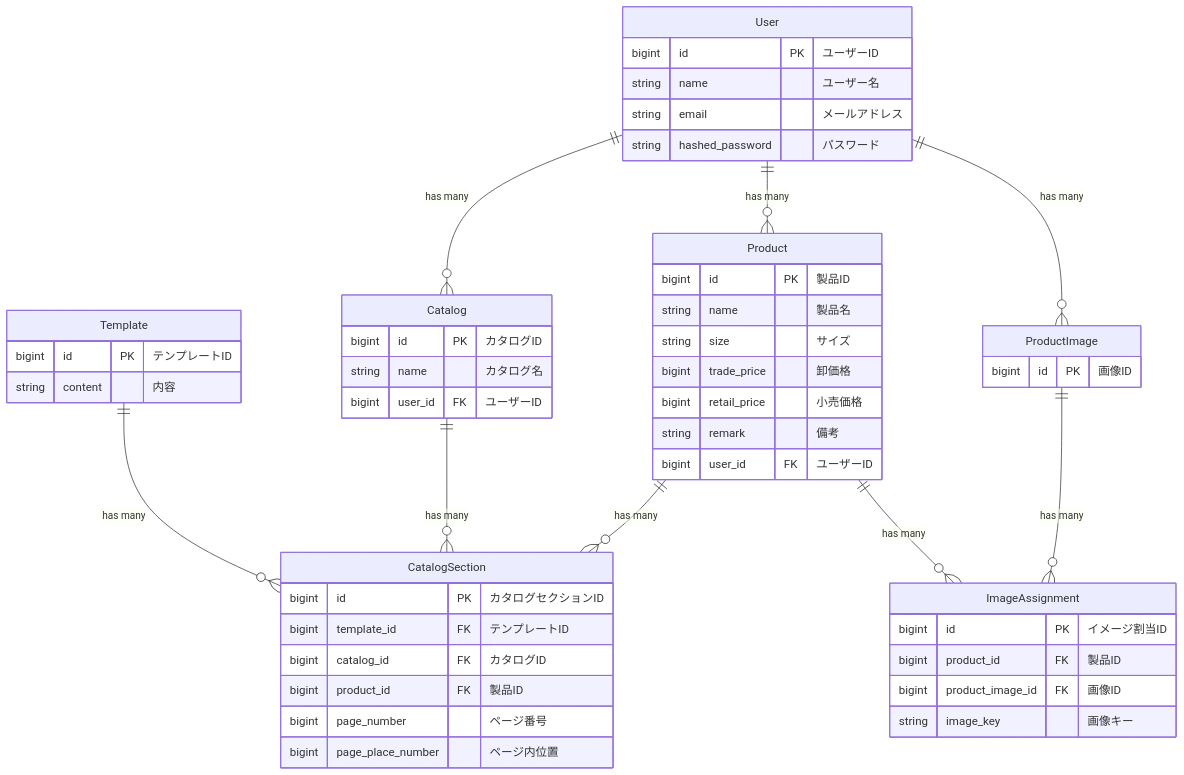
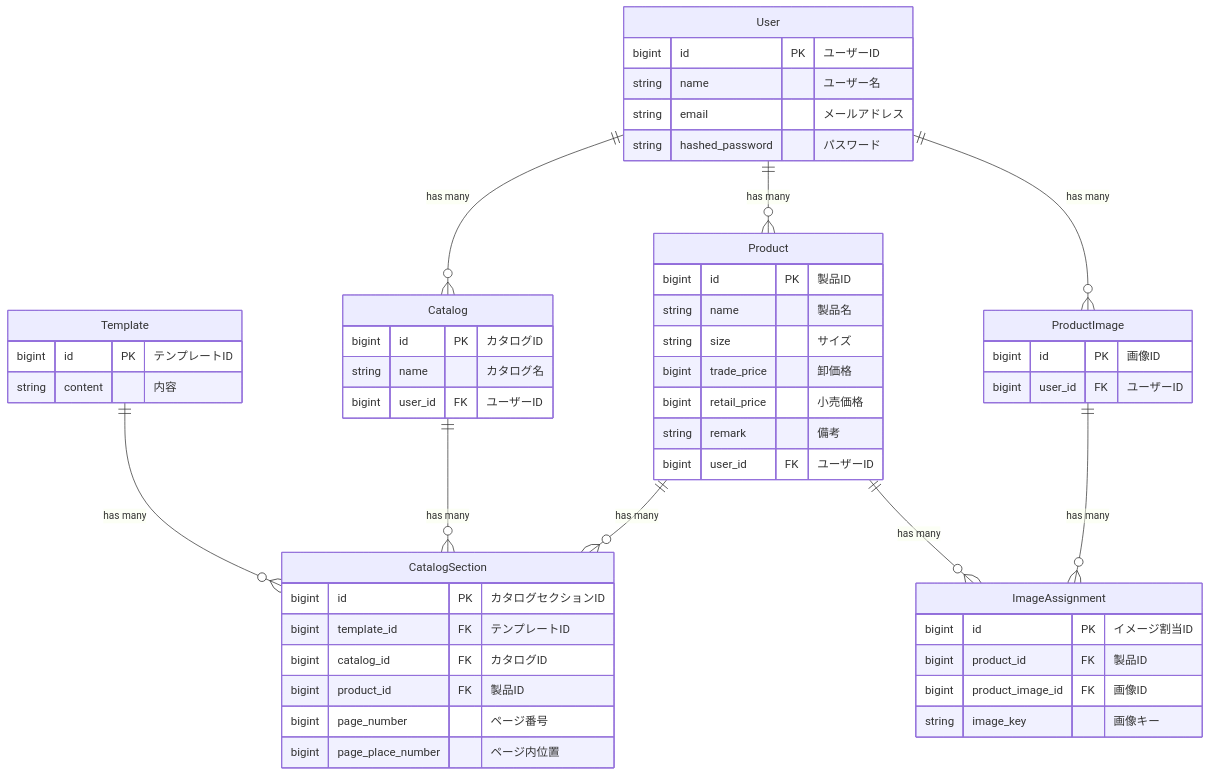
The diagram in documents/design/er.md (setodeve/CatalogEasy-backend), drawn with Mermaid before and after one commit. The commit also changed 15 other files, not shown here.

````diff
--- a/documents/design/er.md
+++ b/documents/design/er.md
@@ -1,59 +1,60 @@
 ```mermaid
 erDiagram
     User ||--o{ Catalog : "has many"
     User ||--o{ Product : "has many"
     User ||--o{ ProductImage : "has many"
     Template ||--o{ CatalogSection : "has many"
     Catalog ||--o{ CatalogSection : "has many"
     Product ||--o{ CatalogSection : "has many"
     Product ||--o{ ImageAssignment : "has many"
     ProductImage ||--o{ ImageAssignment : "has many"
     
     User {
         bigint id PK "ユーザーID"
         string name "ユーザー名"
         string email "メールアドレス"
         string hashed_password "パスワード"
     }
     
     Catalog {
         bigint id PK "カタログID"
         string name "カタログ名"
         bigint user_id FK "ユーザーID"
     }
     
     Product {
         bigint id PK "製品ID"
         string name "製品名"
         string size "サイズ"
         bigint trade_price "卸価格"
         bigint retail_price "小売価格"
         string remark "備考"
         bigint user_id FK "ユーザーID"
     }
     
     ProductImage {
         bigint id PK "画像ID"
+        bigint user_id FK "ユーザーID"
     }
     
     Template {
         bigint id PK "テンプレートID"
         string content "内容"
     }
     
     CatalogSection {
         bigint id PK "カタログセクションID"
         bigint template_id FK "テンプレートID"
         bigint catalog_id FK "カタログID"
         bigint product_id FK "製品ID"
         bigint page_number "ページ番号"
         bigint page_place_number "ページ内位置"
     }
     
     ImageAssignment {
         bigint id PK "イメージ割当ID"
         bigint product_id FK "製品ID"
         bigint product_image_id FK "画像ID"
         string image_key "画像キー"
     }
 ```
````
